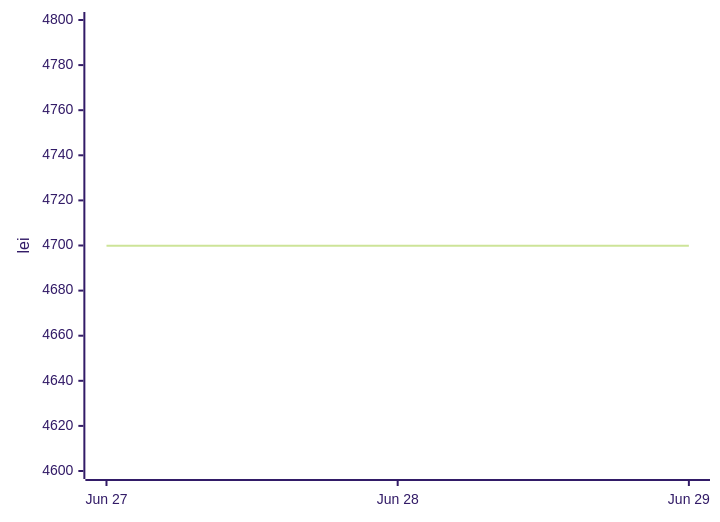
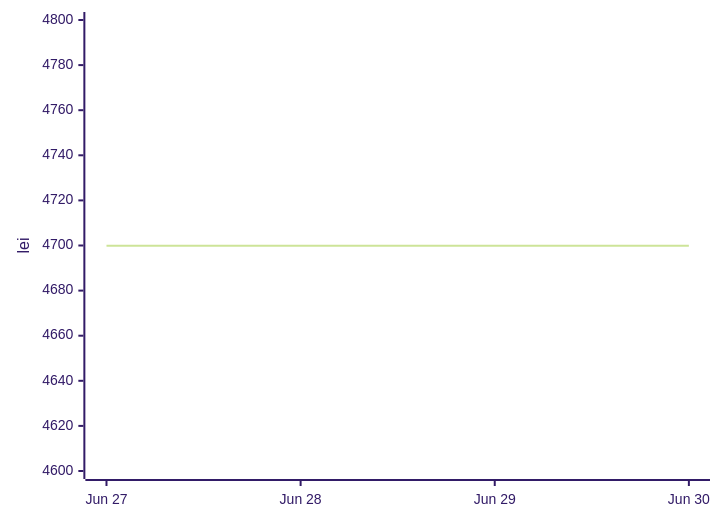
The first of 2 diagrams in README.md (anagheioan/laptop-price-monitor), drawn with Mermaid (forest theme) before and after one commit. The commit also changed other lines of this file and 1 other file, not shown here.

Commit message:
Price check 2026-06-30

````diff
--- a/README.md
+++ b/README.md
@@ -21,6 +21,6 @@
 ```mermaid
 xychart-beta
-    x-axis ["Jun 27", "Jun 28", "Jun 29"]
+    x-axis ["Jun 27", "Jun 28", "Jun 29", "Jun 30"]
     y-axis "lei" 4600 --> 4800
-    line [4699.9, 4699.9, 4699.9]
+    line [4699.9, 4699.9, 4699.9, 4699.9]
 ```
````
